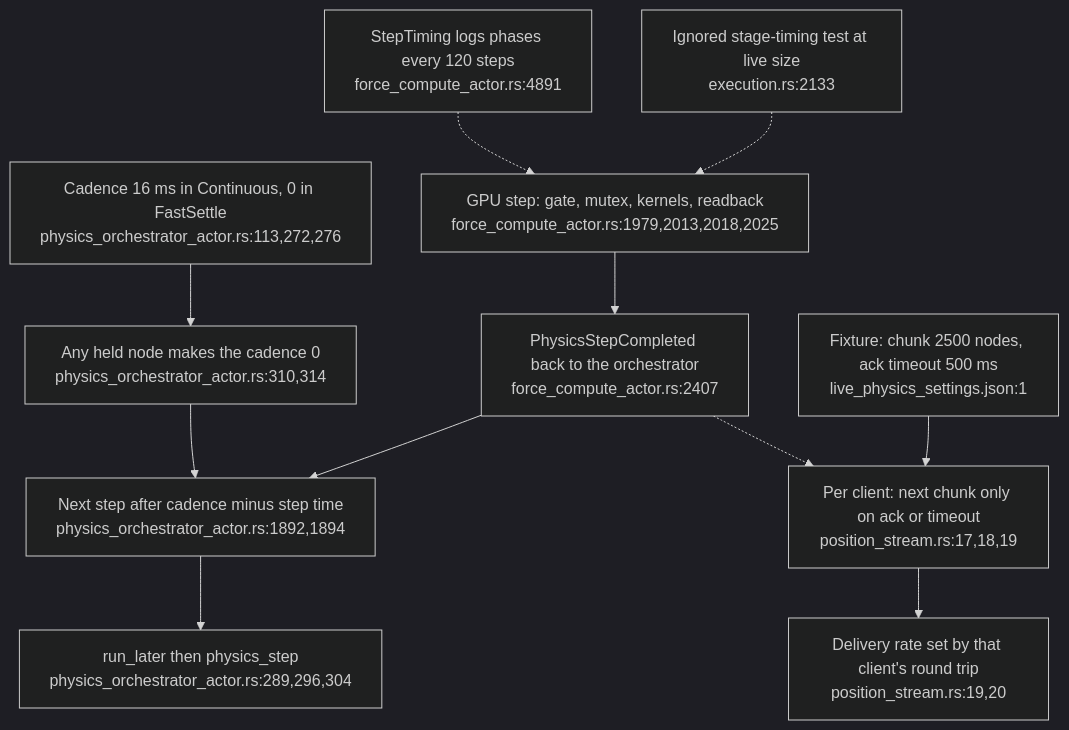
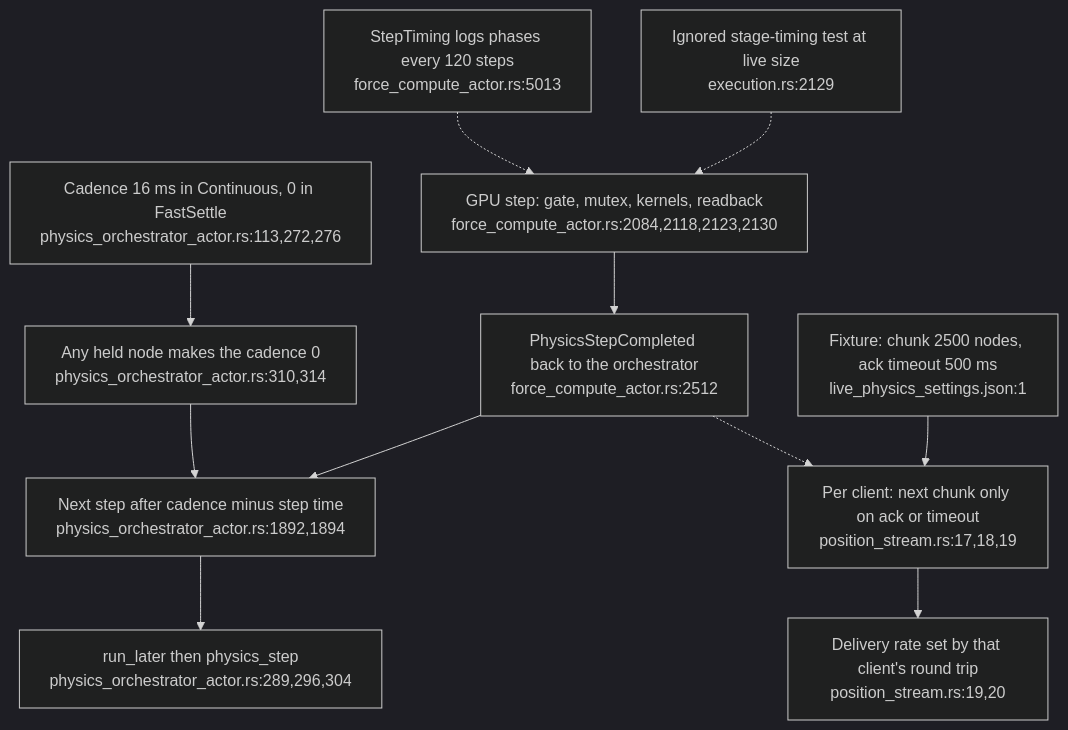
The second of 6 diagrams in docs/diagrams/visionclaw/54-layout-mode-step-cadence-and-settle.md (DreamLab-AI/VisionFlow), drawn with Mermaid (dark theme) before and after one commit. The commit also changed other lines of this file, not shown here.

First line of the commit message:
docs(diagrams): VC-54.6 layout modes resolve on the host; the kernel never reads layout_mode

````diff
--- a/docs/diagrams/visionclaw/54-layout-mode-step-cadence-and-settle.md
+++ b/docs/diagrams/visionclaw/54-layout-mode-step-cadence-and-settle.md
@@ -62,13 +64,13 @@
 ```mermaid
 flowchart TD
     MODE["Cadence 16 ms in Continuous, 0 in FastSettle<br/>physics_orchestrator_actor.rs:113,272,276"] --> EFF["Any held node makes the cadence 0<br/>physics_orchestrator_actor.rs:310,314"]
-    STEP["GPU step: gate, mutex, kernels, readback<br/>force_compute_actor.rs:1979,2013,2018,2025"] --> DONE["PhysicsStepCompleted back to the orchestrator<br/>force_compute_actor.rs:2407"]
+    STEP["GPU step: gate, mutex, kernels, readback<br/>force_compute_actor.rs:2084,2118,2123,2130"] --> DONE["PhysicsStepCompleted back to the orchestrator<br/>force_compute_actor.rs:2512"]
     DONE --> NEXT["Next step after cadence minus step time<br/>physics_orchestrator_actor.rs:1892,1894"]
     EFF --> NEXT
     NEXT --> RUN["run_later then physics_step<br/>physics_orchestrator_actor.rs:289,296,304"]
-    TIMING["StepTiming logs phases every 120 steps<br/>force_compute_actor.rs:4891"] -.-> STEP
-    BENCH["Ignored stage-timing test at live size<br/>execution.rs:2133"] -.-> STEP
+    TIMING["StepTiming logs phases every 120 steps<br/>force_compute_actor.rs:5013"] -.-> STEP
+    BENCH["Ignored stage-timing test at live size<br/>execution.rs:2129"] -.-> STEP
     STREAM["Per client: next chunk only on ack or timeout<br/>position_stream.rs:17,18,19"] --> RATE["Delivery rate set by that client's round trip<br/>position_stream.rs:19,20"]
     CFG["Fixture: chunk 2500 nodes, ack timeout 500 ms<br/>live_physics_settings.json:1"] --> STREAM
     DONE -.-> STREAM
 ```
````
